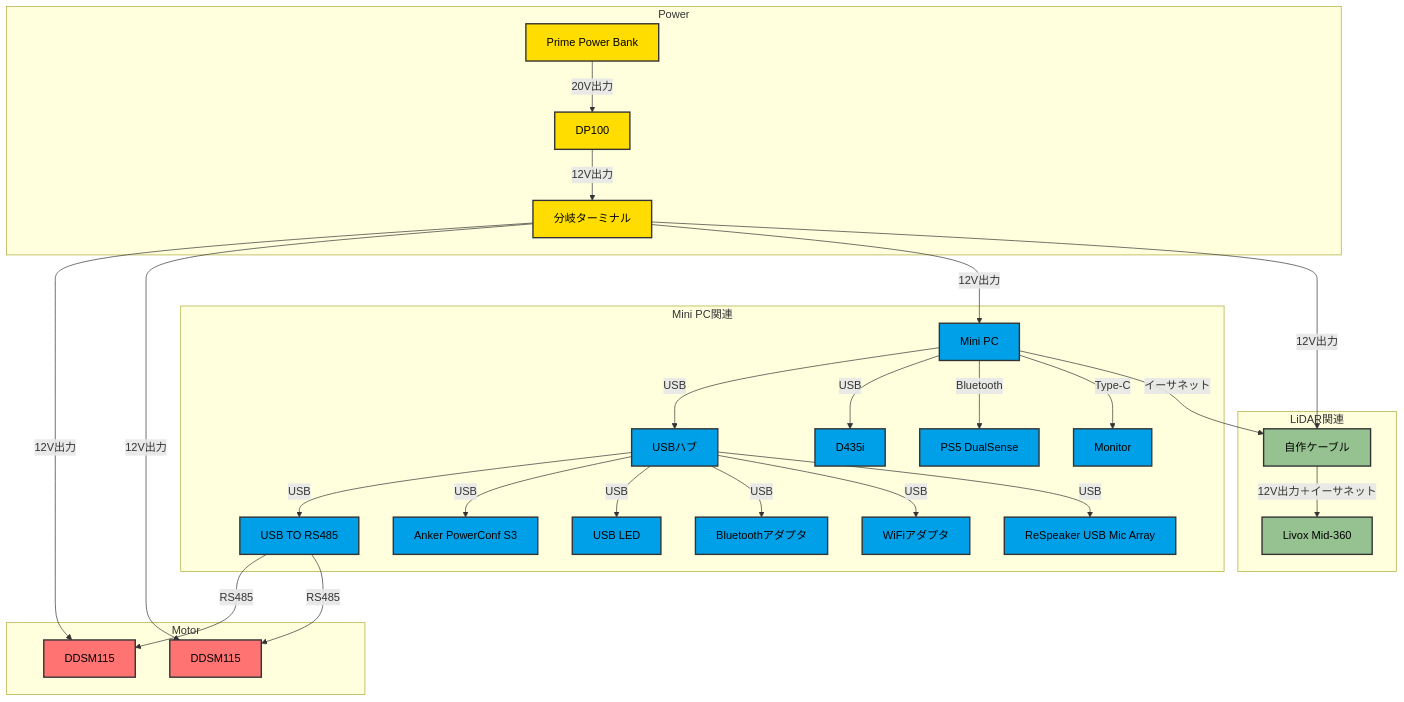
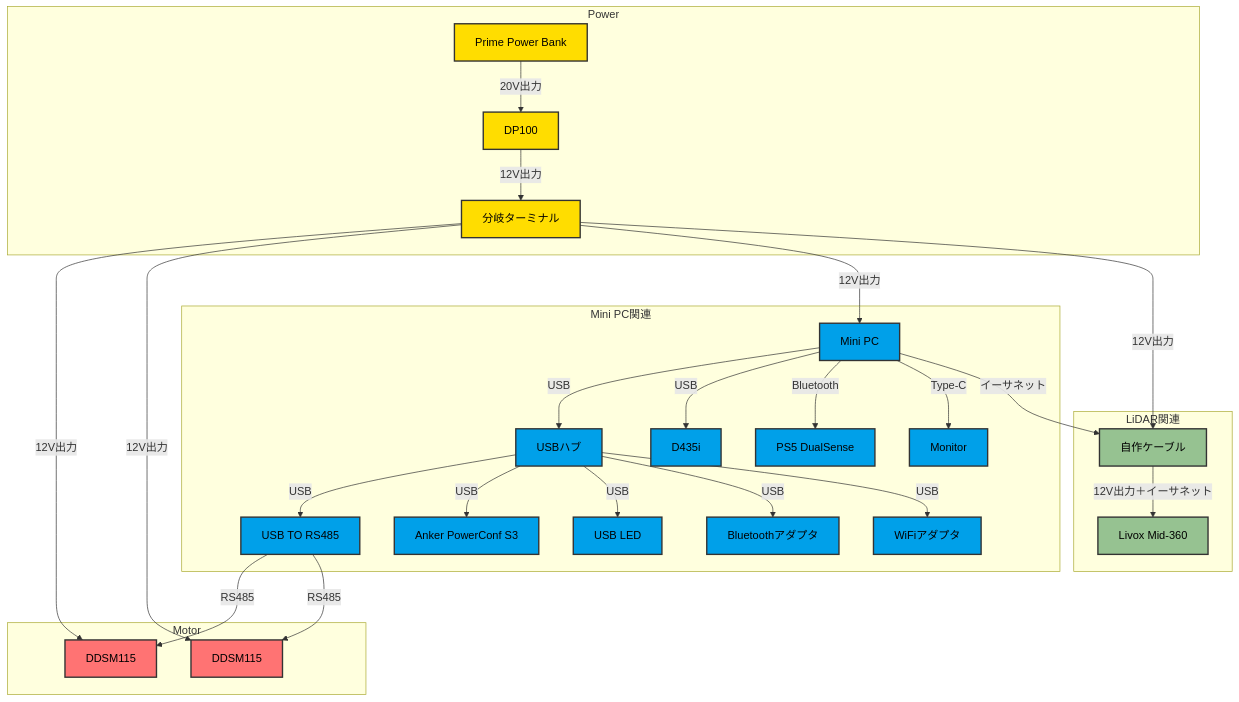
The diagram in README.md (sato-susumu/susumu_robo), drawn with Mermaid before and after one commit.

Commit message:
Remove ReSpeaker USB Mic Array from README.md and update related diagrams

````diff
--- a/README.md
+++ b/README.md
@@ -64,73 +64,71 @@
 ```mermaid
 flowchart TB
     %% 電源供給ライン
     subgraph Power["Power"]
         A[Prime Power Bank]
         B[DP100]
         C[分岐ターミナル]
     end
 
     subgraph Motor["Motor"]
         D[DDSM115]
         E[DDSM115]
     end
 
     subgraph MiniPC["Mini PC関連"]
         F[Mini PC]
         K[USBハブ]
         H[USB TO RS485]
         L[PS5 DualSense]
         I[Monitor]
         M[Anker PowerConf S3]
         O[USB LED]
         P[Bluetoothアダプタ]
         Q[WiFiアダプタ]
         R[D435i]
-        S[ReSpeaker USB Mic Array]
     end
 
     subgraph LiDAR["LiDAR関連"]
         G[Livox Mid-360]
         J[自作ケーブル]
     end
 
     %% 電源供給ライン
     A -->|20V出力| B
     B -->|12V出力| C
     C -->|12V出力| D
     C -->|12V出力| E
     C -->|12V出力| F
     C -->|12V出力| J
 
     %% Mini PCとの接続
     F -->|USB| K
     F -->|USB| R
     H -->|RS485| D
     H -->|RS485| E
     F -->|Bluetooth| L
     F -->|Type-C| I
     F -->|イーサネット| J
 
     %% USB Hubとの接続
     K -->|USB| H
     K -->|USB| M
     K -->|USB| O
     K -->|USB| P
     K -->|USB| Q
-    K -->|USB| S
-
+    
     %% その他
     J -->|12V出力＋イーサネット| G
 
     %% クラス定義 (色分け)
     classDef power fill:#FFDD00,stroke:#333,stroke-width:2px,color:#000;     
     classDef motor fill:#FF7373,stroke:#333,stroke-width:2px,color:#000;     
     classDef miniPC fill:#00A0E9,stroke:#333,stroke-width:2px,color:#000;   
     classDef lidar fill:#96C291,stroke:#333,stroke-width:2px,color:#000;     
 
     %% クラス適用
     class A,B,C power;
     class D,E motor;
-    class F,K,H,L,I,M,O,P,Q,R,S miniPC;
+    class F,K,H,L,I,M,O,P,Q,R miniPC;
     class G,J lidar;
 ```
````
